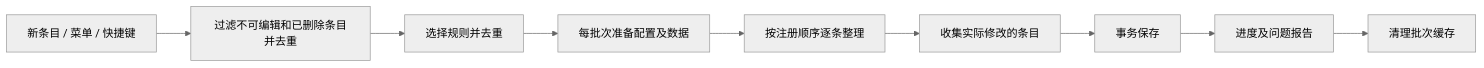
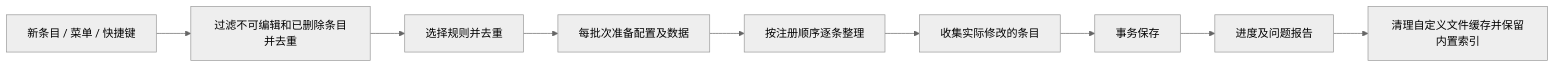
One commit to groele/Zotero-diy changed the diagram in MetaRef-for-Zotero/docs/metadata-workflow-zh.md. Above: the diagram before and after it, drawn with Mermaid (neutral theme). The commit also changed other lines of this file and 40 other files, not shown here.

````diff
--- a/MetaRef-for-Zotero/docs/metadata-workflow-zh.md
+++ b/MetaRef-for-Zotero/docs/metadata-workflow-zh.md
@@ -29,11 +33,11 @@
 ```mermaid
 flowchart LR
   A[新条目 / 菜单 / 快捷键] --> B[过滤不可编辑和已删除条目并去重]
   B --> C[选择规则并去重]
   C --> D[每批次准备配置及数据]
   D --> E[按注册顺序逐条整理]
   E --> F[收集实际修改的条目]
   F --> G[事务保存]
   G --> H[进度及问题报告]
-  H --> I[清理批次缓存]
+  H --> I[清理自定义文件缓存并保留内置索引]
 ```
````
